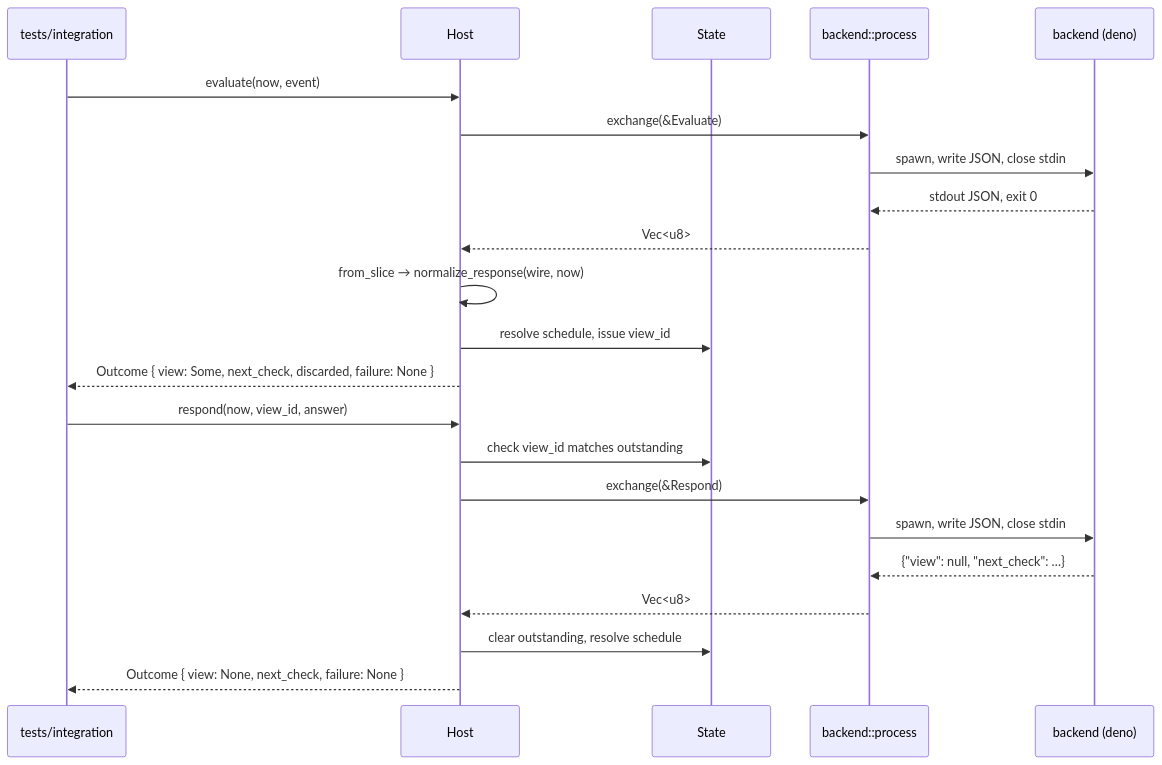
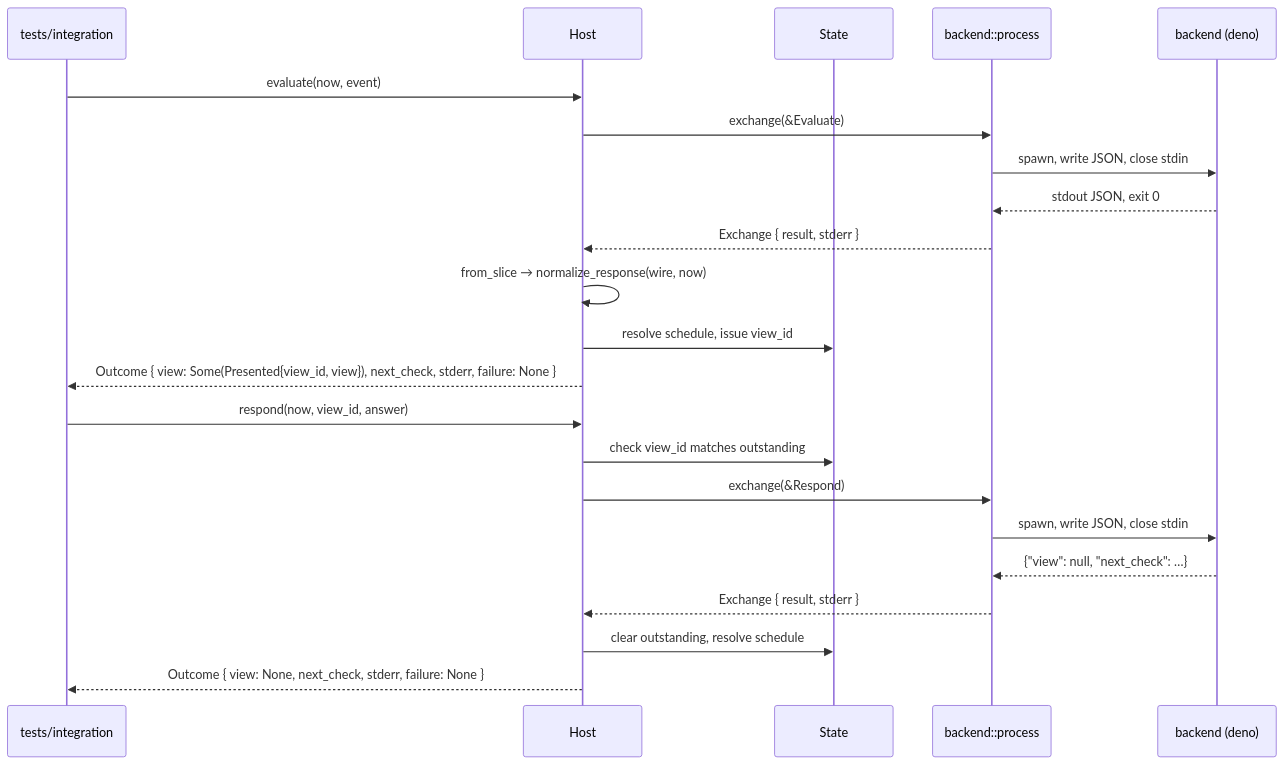
Before and after one commit to davidlee/goad: the second of 3 diagrams in docs/slices/001/design.md, drawn with Mermaid. The commit also changed other lines of this file and 4 other files, not shown here.

````diff
--- a/docs/slices/001/design.md
+++ b/docs/slices/001/design.md
@@ -1031,25 +1190,25 @@
 ```mermaid
 sequenceDiagram
     participant T as tests/integration
     participant H as Host
     participant S as State
     participant P as backend::process
     participant B as backend (deno)
 
     T->>H: evaluate(now, event)
     H->>P: exchange(&Evaluate)
     P->>B: spawn, write JSON, close stdin
     B-->>P: stdout JSON, exit 0
-    P-->>H: Vec<u8>
+    P-->>H: Exchange { result, stderr }
     H->>H: from_slice → normalize_response(wire, now)
     H->>S: resolve schedule, issue view_id
-    H-->>T: Outcome { view: Some, next_check, discarded, failure: None }
+    H-->>T: Outcome { view: Some(Presented{view_id, view}), next_check, stderr, failure: None }
     T->>H: respond(now, view_id, answer)
     H->>S: check view_id matches outstanding
     H->>P: exchange(&Respond)
     P->>B: spawn, write JSON, close stdin
     B-->>P: {"view": null, "next_check": …}
-    P-->>H: Vec<u8>
+    P-->>H: Exchange { result, stderr }
     H->>S: clear outstanding, resolve schedule
-    H-->>T: Outcome { view: None, next_check, failure: None }
+    H-->>T: Outcome { view: None, next_check, stderr, failure: None }
 ```
````
